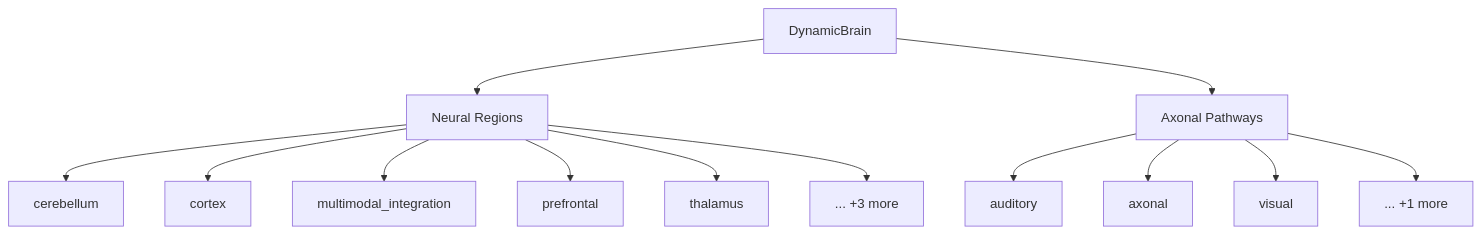
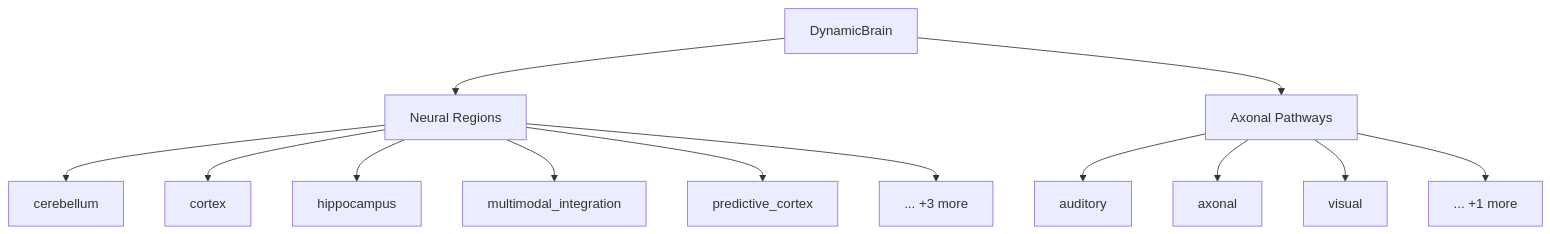
Before and after one commit to kevin-heitfeld/thalia: the diagram in docs/api/COMPONENT_CATALOG.md, drawn with Mermaid. The commit also changed other lines of this file and 26 other files, not shown here.

````diff
--- a/docs/api/COMPONENT_CATALOG.md
+++ b/docs/api/COMPONENT_CATALOG.md
@@ -141,16 +141,16 @@
 ```mermaid
 graph TB
     Brain[DynamicBrain]
     Brain --> Regions[Neural Regions]
     Brain --> Pathways[Axonal Pathways]
     Regions --> cerebellum[cerebellum]
     Regions --> cortex[cortex]
+    Regions --> hippocampus[hippocampus]
     Regions --> multimodal_integration[multimodal_integration]
-    Regions --> prefrontal[prefrontal]
-    Regions --> thalamus[thalamus]
+    Regions --> predictive_cortex[predictive_cortex]
     Regions --> More[... +3 more]
     Pathways --> auditory[auditory]
     Pathways --> axonal[axonal]
     Pathways --> visual[visual]
     Pathways --> MoreP[... +1 more]
 ```
````
